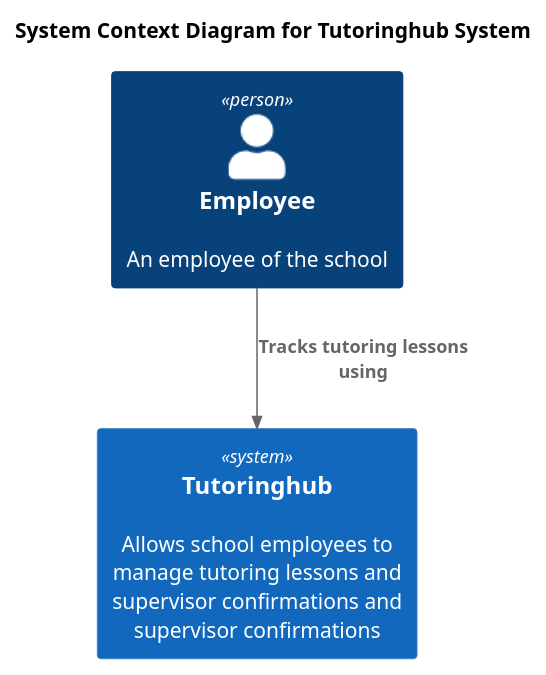
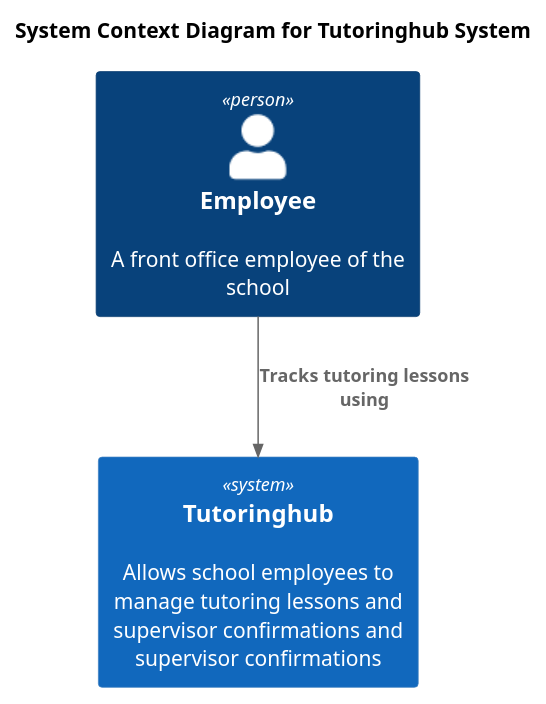
Before and after one commit to Iantomasi/tutoringhub-ms: the diagram in diagrams/tutoringhub_context_diagram_c4L1.puml, drawn with PlantUML. The commit also changed 11 other files, not shown here.

```diff
--- a/diagrams/tutoringhub_context_diagram_c4L1.puml
+++ b/diagrams/tutoringhub_context_diagram_c4L1.puml
@@ -1,8 +1,8 @@
 @startuml
 !includeurl https://raw.githubusercontent.com/RicardoNiepel/C4-PlantUML/master/C4_Context.puml
 title System Context Diagram for Tutoringhub System
-Person(employee, "Employee", "An employee of the school")
+Person(employee, "Employee", "A front office employee of the school")
 System(system, "Tutoringhub", "Allows school employees to manage tutoring lessons and supervisor confirmations and supervisor confirmations")
 Rel(employee, system, "Tracks tutoring lessons using")
 'SHOW_LEGEND()
 @enduml
```
